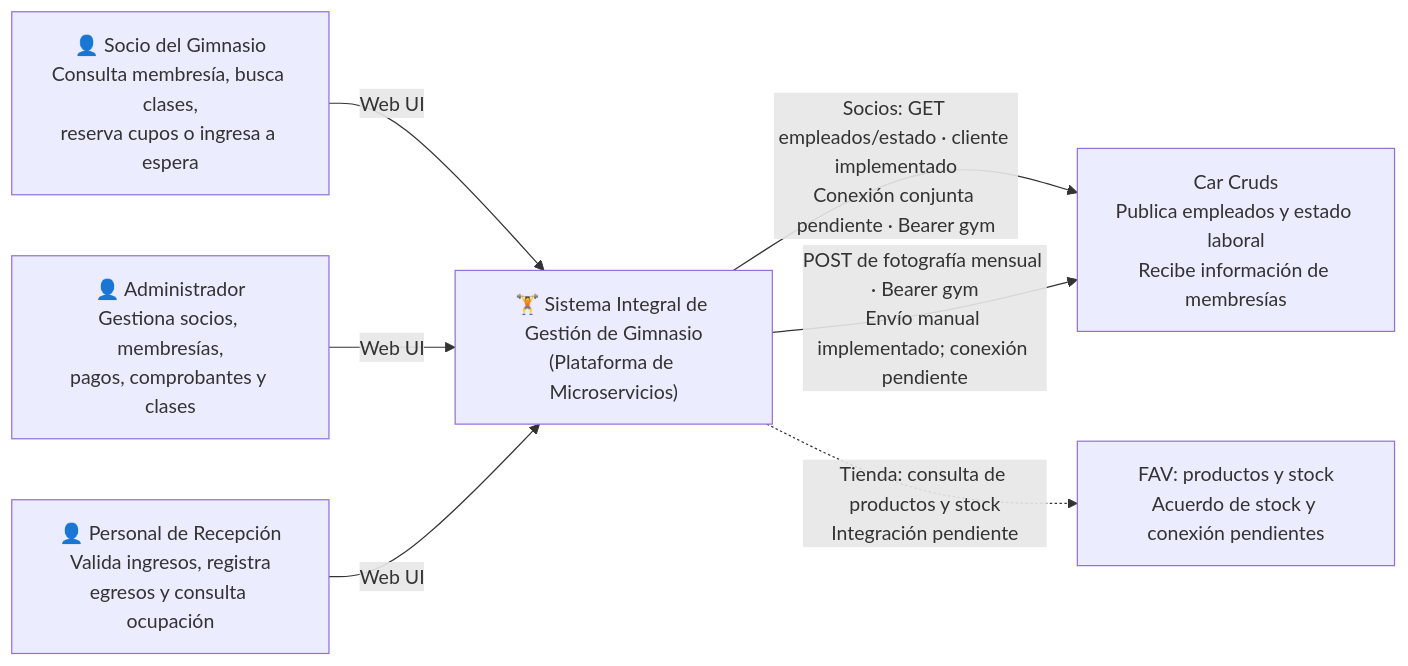
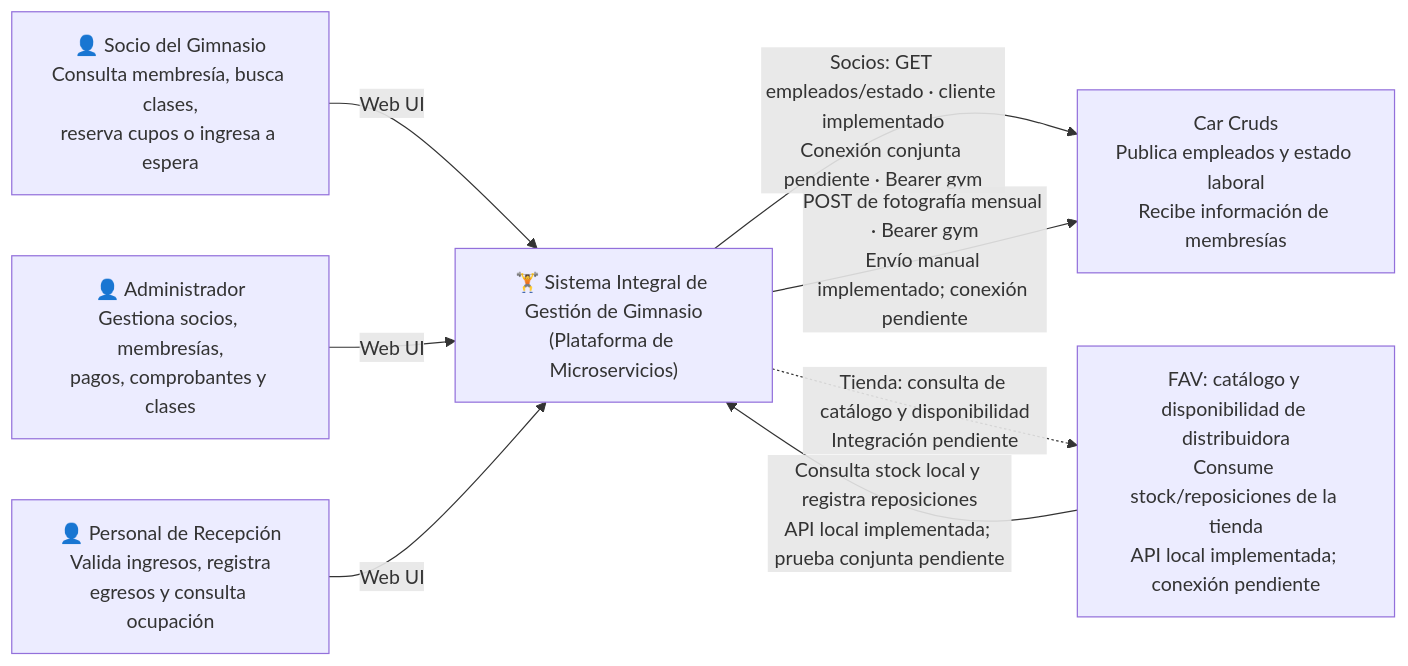
The first of 3 diagrams in docs/ARCHITECTURE.md (PabloMarquezCapilla/Gestion-gimnasio-arquitectura-software), drawn with Mermaid before and after one commit. The commit also changed other lines of this file and 35 other files, not shown here.

Commit message:
feat: implementar stock y reposiciones de Tienda para FAV

````diff
--- a/docs/ARCHITECTURE.md
+++ b/docs/ARCHITECTURE.md
@@ -81,17 +87,18 @@
 ```mermaid
 flowchart LR
     socio["👤 Socio del Gimnasio<br/>Consulta membresía, busca clases,<br/>reserva cupos o ingresa a espera"]
     admin["👤 Administrador<br/>Gestiona socios, membresías,<br/>pagos, comprobantes y clases"]
     recepcion["👤 Personal de Recepción<br/>Valida ingresos, registra<br/>egresos y consulta ocupación"]
     consumidor["Car Cruds<br/>Publica empleados y estado laboral<br/>Recibe información de membresías"]
-    proveedor["FAV: productos y stock<br/>Acuerdo de stock y conexión pendientes"]
+    proveedor["FAV: catálogo y disponibilidad de distribuidora<br/>Consume stock/reposiciones de la tienda<br/>API local implementada; conexión pendiente"]
 
     sistema["🏋️ Sistema Integral de Gestión de Gimnasio<br/>(Plataforma de Microservicios)"]
 
     socio -->|Web UI| sistema
     admin -->|Web UI| sistema
     recepcion -->|Web UI| sistema
     sistema -->|Socios: GET empleados/estado · cliente implementado<br/>Conexión conjunta pendiente · Bearer gym| consumidor
     sistema -->|POST de fotografía mensual · Bearer gym<br/>Envío manual implementado; conexión pendiente| consumidor
-    sistema -.->|Tienda: consulta de productos y stock<br/>Integración pendiente| proveedor
+    sistema -.->|Tienda: consulta de catálogo y disponibilidad<br/>Integración pendiente| proveedor
+    proveedor -->|Consulta stock local y registra reposiciones<br/>API local implementada; prueba conjunta pendiente| sistema
 ```
````
